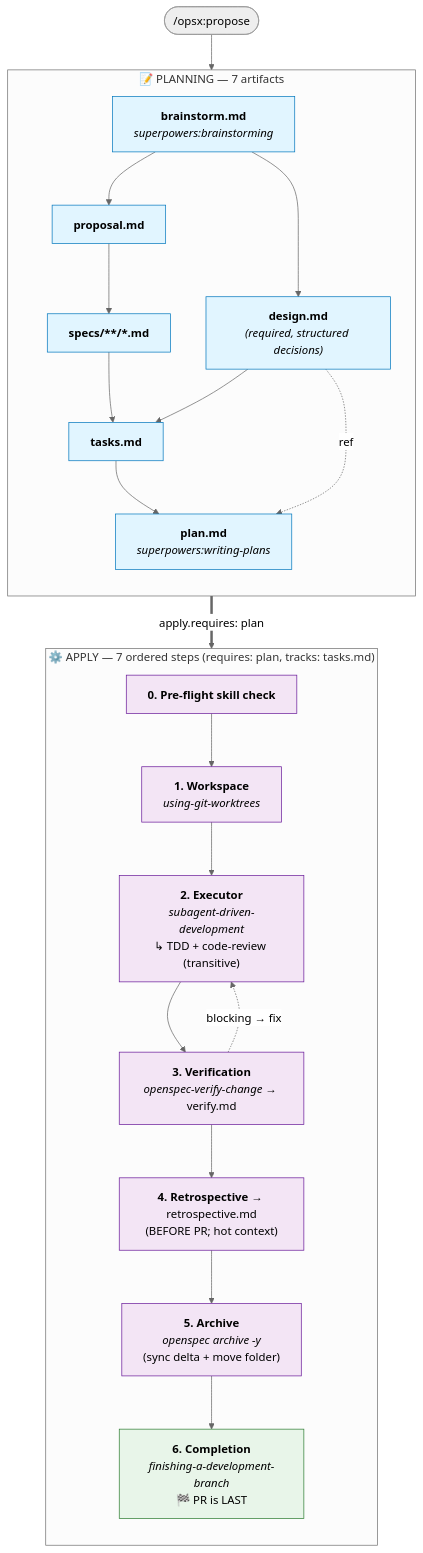
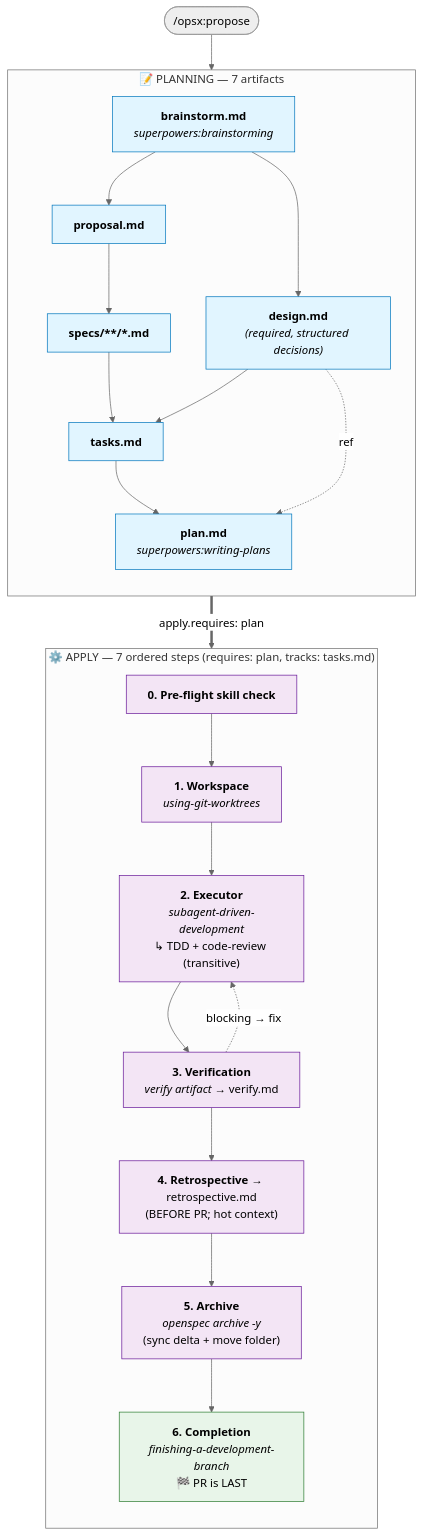
One commit to AllenMuu/openspec-superpowers changed the diagram in superpowers-bridge/README.md. Above: the diagram before and after it, drawn with Mermaid (neutral theme). The commit also changed other lines of this file and 3 other files, not shown here.

````diff
--- a/superpowers-bridge/README.md
+++ b/superpowers-bridge/README.md
@@ -233,48 +233,48 @@
 ```mermaid
 flowchart TD
     Start([/opsx:propose])
 
     subgraph Plan ["📝 PLANNING — 7 artifacts"]
         direction TB
         BS["<b>brainstorm.md</b><br/><i>superpowers:brainstorming</i>"]
         PROP["<b>proposal.md</b>"]
         DES["<b>design.md</b><br/><i>(required, structured decisions)</i>"]
         SP["<b>specs/**/*.md</b>"]
         TK["<b>tasks.md</b>"]
         PL["<b>plan.md</b><br/><i>superpowers:writing-plans</i>"]
 
         BS --> PROP
         BS --> DES
         PROP --> SP
         SP --> TK
         DES --> TK
         TK --> PL
         DES -. ref .-> PL
     end
 
     subgraph Apply ["⚙️ APPLY — 7 ordered steps (requires: plan, tracks: tasks.md)"]
         direction TB
         A0["<b>0. Pre-flight skill check</b>"]
         A1["<b>1. Workspace</b><br/><i>using-git-worktrees</i>"]
         A2["<b>2. Executor</b><br/><i>subagent-driven-development</i><br/>↳ TDD + code-review (transitive)"]
-        A3["<b>3. Verification</b><br/><i>openspec-verify-change</i> → verify.md"]
+        A3["<b>3. Verification</b><br/><i>verify artifact</i> → verify.md"]
         A4["<b>4. Retrospective</b> → retrospective.md<br/>(BEFORE PR; hot context)"]
         A5["<b>5. Archive</b><br/><i>openspec archive -y</i><br/>(sync delta + move folder)"]
         A6["<b>6. Completion</b><br/><i>finishing-a-development-branch</i><br/>🏁 PR is LAST"]
 
         A0 --> A1 --> A2 --> A3
         A3 -. blocking → fix .-> A2
         A3 --> A4 --> A5 --> A6
     end
 
     Start --> BS
     PL ==>|apply.requires: plan| A0
 
     classDef artifact fill:#e1f5ff,stroke:#0277bd,color:#000
     classDef step fill:#f3e5f5,stroke:#6a1b9a,color:#000
     classDef capstone fill:#e8f5e9,stroke:#2e7d32,color:#000
 
     class BS,PROP,DES,SP,TK,PL artifact
     class A0,A1,A2,A3,A4,A5 step
     class A6 capstone
 ```
````
